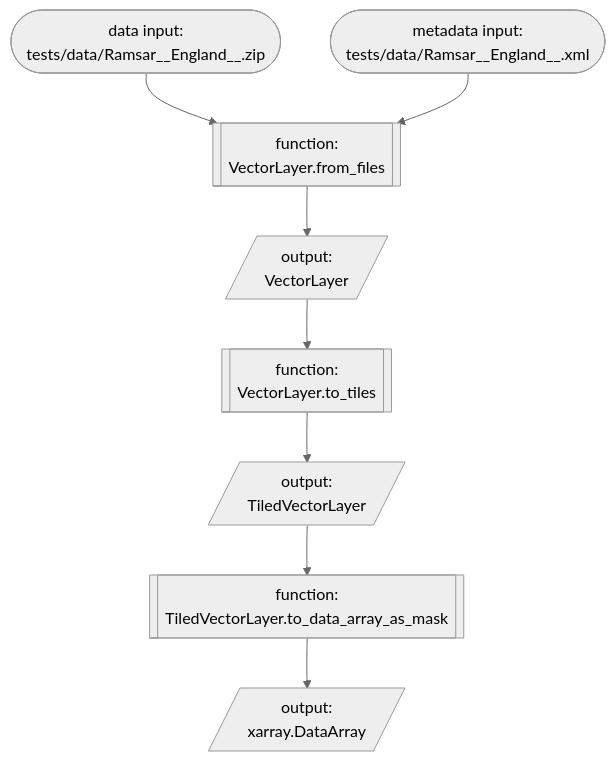
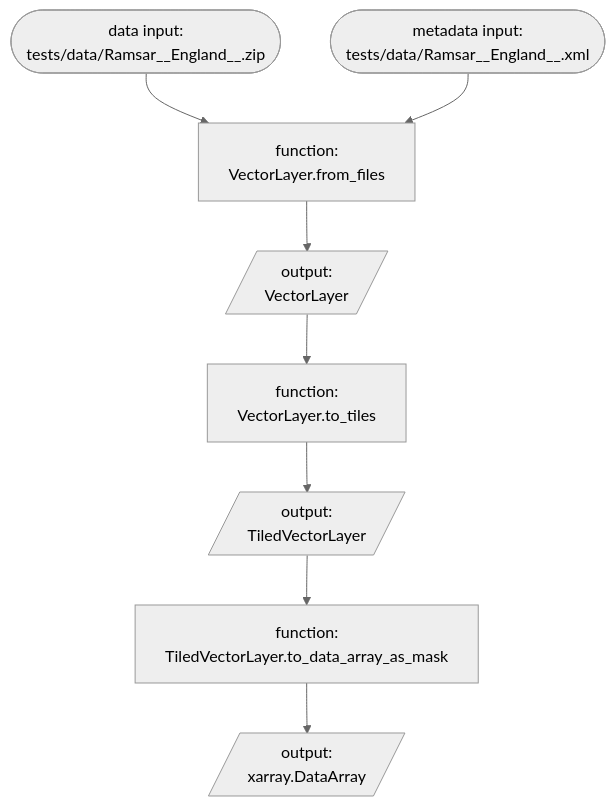
The diagram in source/red-green-refactor.md (Defra-Data-Science-Centre-of-Excellence/sds-data-model), drawn with Mermaid (neutral theme) before and after one commit.

````diff
--- a/source/red-green-refactor.md
+++ b/source/red-green-refactor.md
@@ -36,10 +36,10 @@
 ```mermaid
 graph TD;
- data_path(["data input:\ntests/data/Ramsar__England__.zip"]) --> from_files[[function:\nVectorLayer.from_files]]
- metadata_path(["metadata input:\ntests/data/Ramsar__England__.xml"]) --> from_files[[function:\nVectorLayer.from_files]]
- from_files[[function:\nVectorLayer.from_files]] --> vector_layer[/"output:\nVectorLayer"/]
- vector_layer[/"output:\nVectorLayer"/] --> to_tiles[[function:\nVectorLayer.to_tiles]]
- to_tiles[[function:\nVectorLayer.to_tiles]] --> tiled_vector_layer[/"output:\nTiledVectorLayer"/]
- tiled_vector_layer[/"output:\nTiledVectorLayer"/] --> to_data_array_as_mask[[function:\nTiledVectorLayer.to_data_array_as_mask]]
- to_data_array_as_mask[[function:\nTiledVectorLayer.to_data_array_as_mask]] --> data_array[/"output:\nxarray.DataArray"/]
+ data_path(["data input:\ntests/data/Ramsar__England__.zip"]) --> from_files[function:\nVectorLayer.from_files]
+ metadata_path(["metadata input:\ntests/data/Ramsar__England__.xml"]) --> from_files[function:\nVectorLayer.from_files]
+ from_files[function:\nVectorLayer.from_files] --> vector_layer[/"output:\nVectorLayer"/]
+ vector_layer[/"output:\nVectorLayer"/] --> to_tiles[function:\nVectorLayer.to_tiles]
+ to_tiles[function:\nVectorLayer.to_tiles] --> tiled_vector_layer[/"output:\nTiledVectorLayer"/]
+ tiled_vector_layer[/"output:\nTiledVectorLayer"/] --> to_data_array_as_mask[function:\nTiledVectorLayer.to_data_array_as_mask]
+ to_data_array_as_mask[function:\nTiledVectorLayer.to_data_array_as_mask] --> data_array[/"output:\nxarray.DataArray"/]
 ```
````
